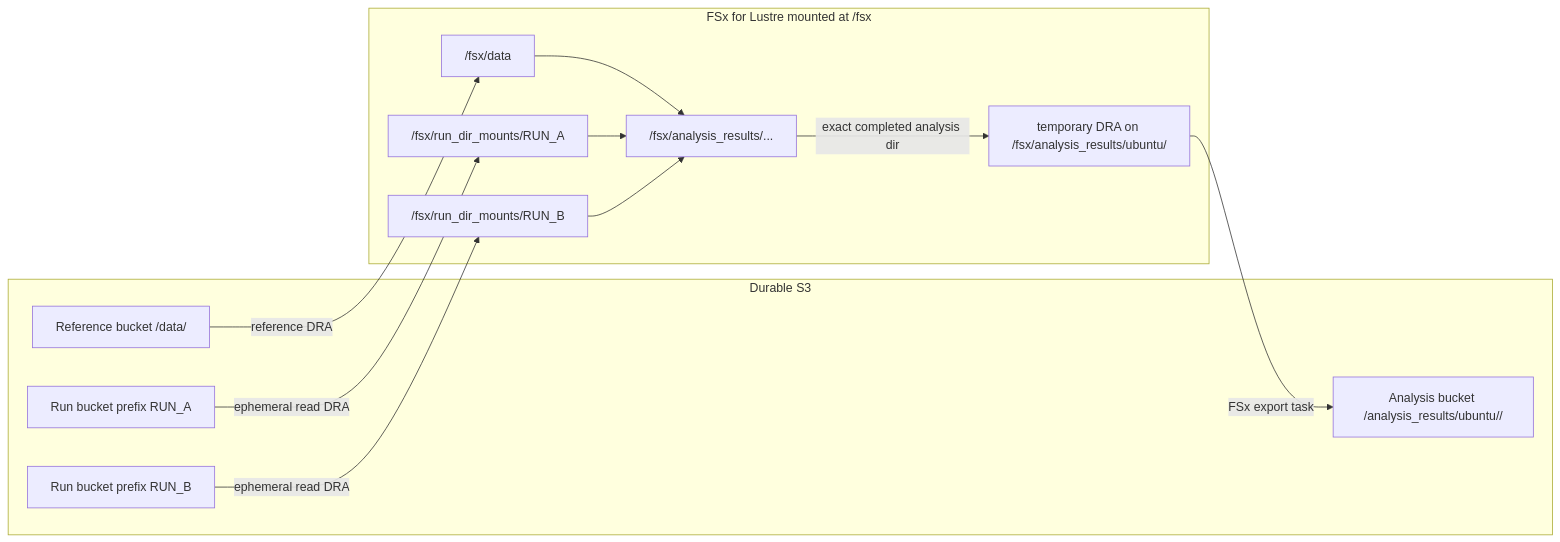
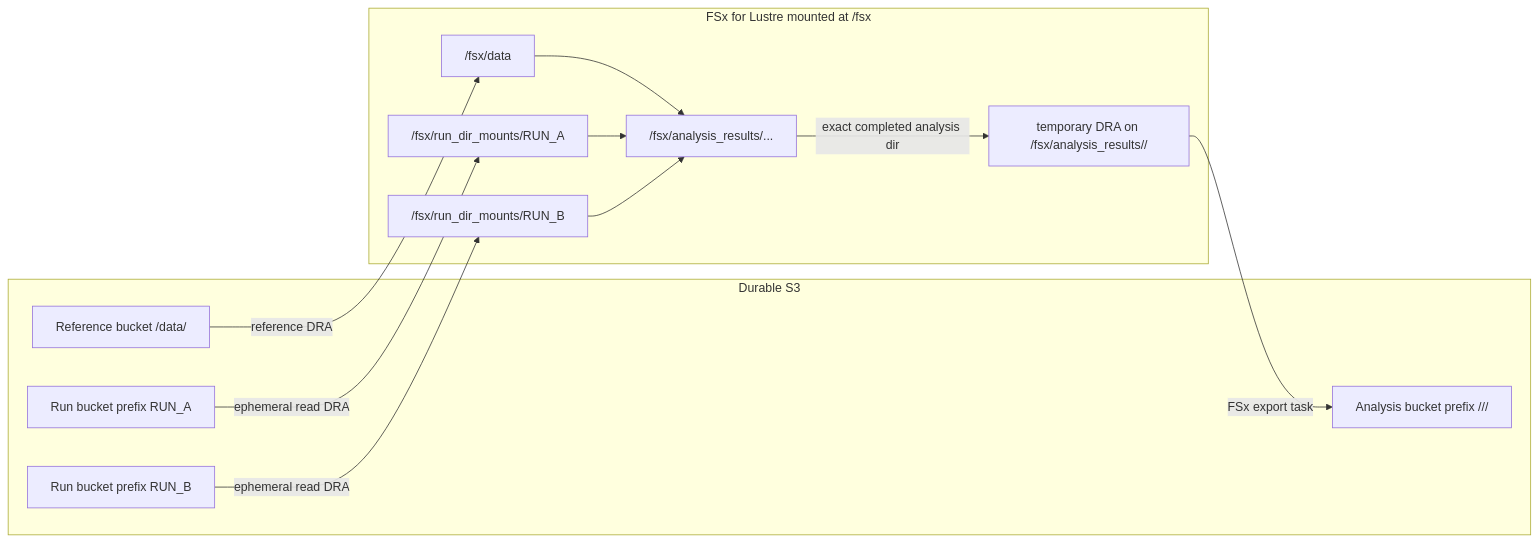
Before and after one commit to Daylily-Informatics/daylily-ephemeral-cluster: the second of 3 diagrams in docs/dra_fsx_strategy.md, drawn with Mermaid. The commit also changed other lines of this file and 28 other files, not shown here.

Commit message:
Add analysis identity export workflow

````diff
--- a/docs/dra_fsx_strategy.md
+++ b/docs/dra_fsx_strategy.md
@@ -48,26 +48,26 @@
 ```mermaid
 flowchart LR
   subgraph S3["Durable S3"]
     Ref["Reference bucket /data/"]
     RunA["Run bucket prefix RUN_A"]
     RunB["Run bucket prefix RUN_B"]
-    Analysis["Analysis bucket /analysis_results/ubuntu/<analysis_dir>/"]
+    Analysis["Analysis bucket prefix /<executing_entity>/<analysis_id>/"]
   end
 
   subgraph Lustre["FSx for Lustre mounted at /fsx"]
     Data["/fsx/data"]
     MntA["/fsx/run_dir_mounts/RUN_A"]
     MntB["/fsx/run_dir_mounts/RUN_B"]
     Results["/fsx/analysis_results/..."]
-    Export["temporary DRA on /fsx/analysis_results/ubuntu/<analysis_dir>"]
+    Export["temporary DRA on /fsx/analysis_results/<executing_entity>/<analysis_id>"]
   end
 
   Ref -->|reference DRA| Data
   RunA -->|ephemeral read DRA| MntA
   RunB -->|ephemeral read DRA| MntB
   Data --> Results
   MntA --> Results
   MntB --> Results
   Results -->|exact completed analysis dir| Export
   Export -->|FSx export task| Analysis
 ```
````
